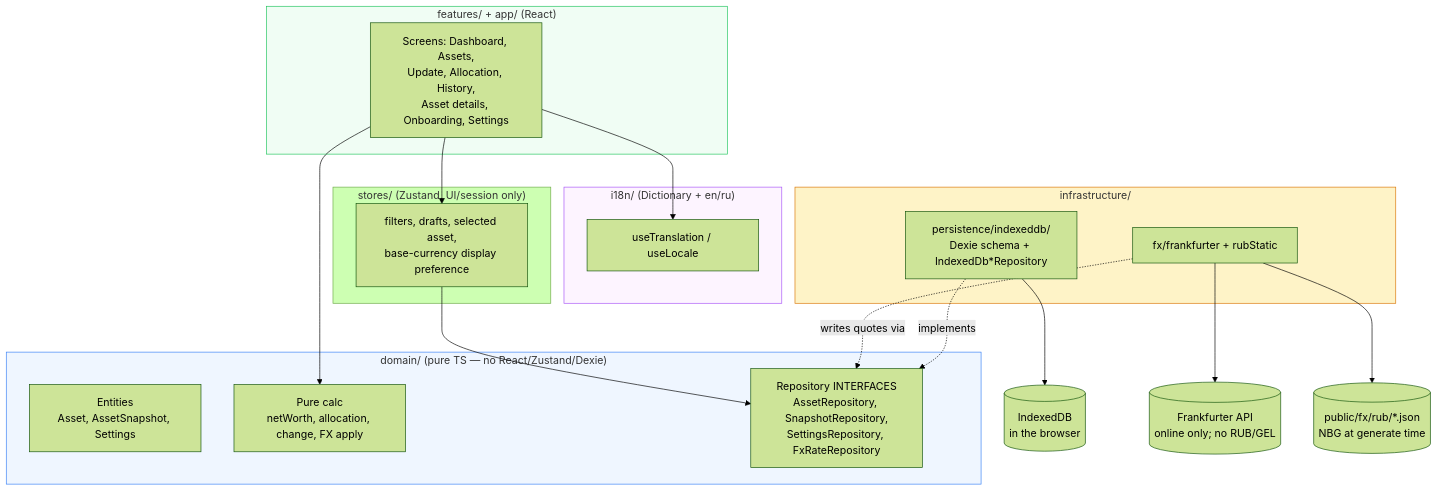
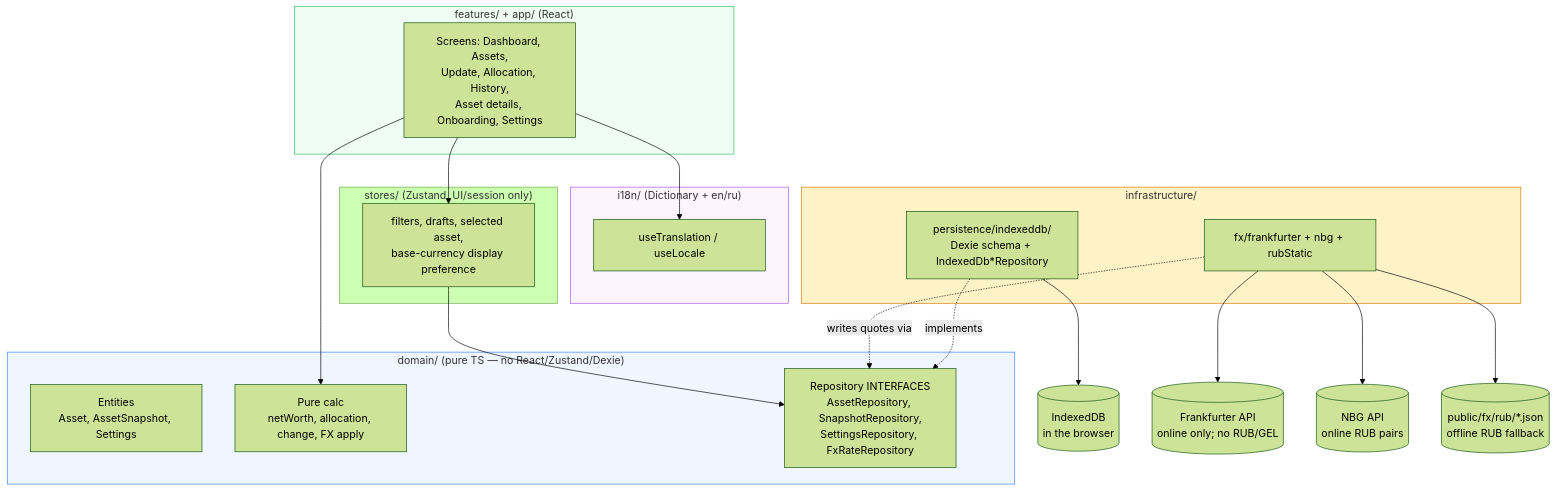
The first of 2 diagrams in docs/ARCHITECTURE.md (ZhannaM85/my-money), drawn with Mermaid (forest theme) before and after one commit. The commit also changed other lines of this file and 14 other files, not shown here.

Commit message:
#301: fetch live NBG rates for RUB at runtime

````diff
--- a/docs/ARCHITECTURE.md
+++ b/docs/ARCHITECTURE.md
@@ -19,36 +19,37 @@
 ```mermaid
 flowchart TD
     subgraph UI ["features/ + app/  (React)"]
         A["Screens: Dashboard, Assets,<br/>Update, Allocation, History,<br/>Asset details, Onboarding, Settings"]
     end
     subgraph I18n ["i18n/  (Dictionary + en/ru)"]
         Z["useTranslation / useLocale"]
     end
     subgraph State ["stores/  (Zustand, UI/session only)"]
         B["filters, drafts, selected asset,<br/>base-currency display preference"]
     end
     subgraph Domain ["domain/  (pure TS — no React/Zustand/Dexie)"]
         C["Entities<br/>Asset, AssetSnapshot, Settings"]
         D["Pure calc<br/>netWorth, allocation, change, FX apply"]
         E["Repository INTERFACES<br/>AssetRepository, SnapshotRepository,<br/>SettingsRepository, FxRateRepository"]
     end
     subgraph Infra ["infrastructure/"]
         F["persistence/indexeddb/<br/>Dexie schema + IndexedDb*Repository"]
-        G["fx/frankfurter + rubStatic"]
+        G["fx/frankfurter + nbg + rubStatic"]
     end
 
     A --> B
     A --> Z
     B --> E
     A --> D
     G -. writes quotes via .-> E
     F -. implements .-> E
     F --> H[("IndexedDB<br/>in the browser")]
     G --> I[("Frankfurter API<br/>online only; no RUB/GEL")]
-    G --> J[("public/fx/rub/*.json<br/>NBG at generate time")]
+    G --> K[("NBG API<br/>online RUB pairs")]
+    G --> J[("public/fx/rub/*.json<br/>offline RUB fallback")]
 
     style Domain fill:#eff6ff,stroke:#3b82f6
     style Infra fill:#fef3c7,stroke:#d97706
     style UI fill:#f0fdf4,stroke:#22c55e
     style I18n fill:#fdf4ff,stroke:#a855f7
 ```
````
